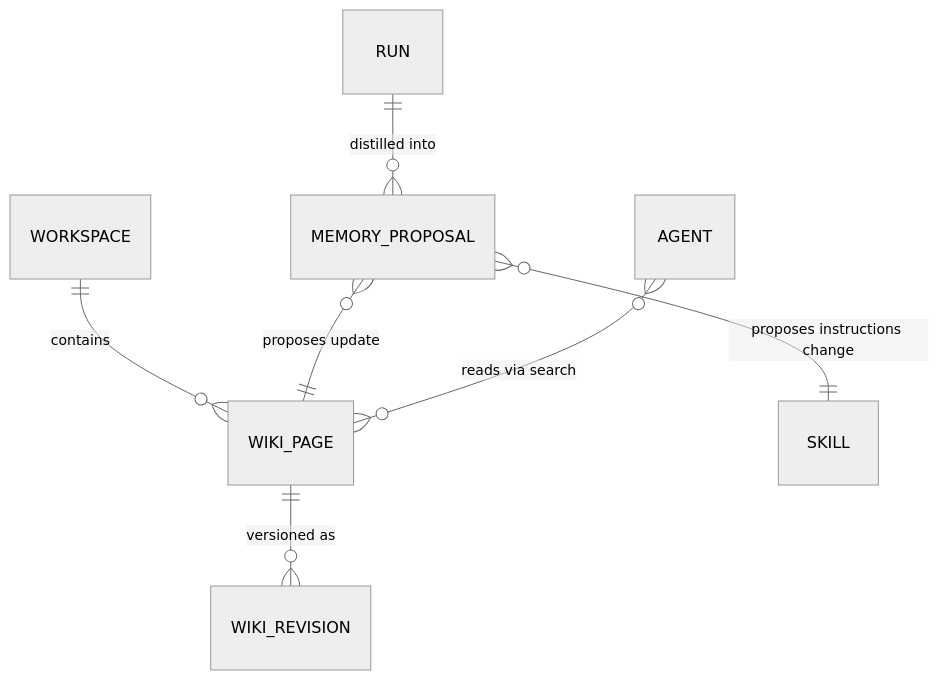
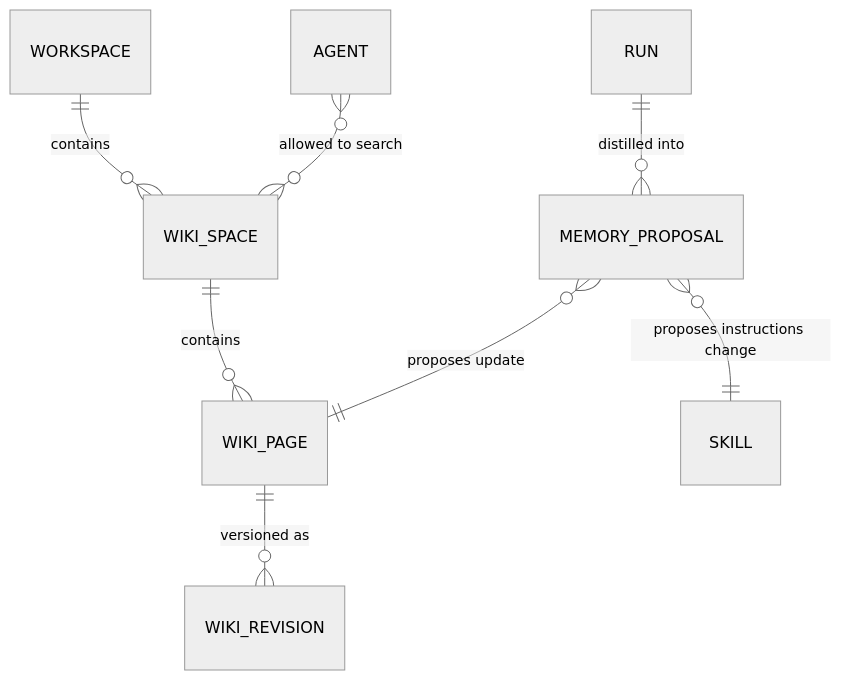
Before and after one commit to yy7613/agentblume: the third of 3 diagrams in docs/10-memory.md, drawn with Mermaid (neutral theme). The commit also changed other lines of this file and 243 other files, not shown here.

````diff
--- a/docs/10-memory.md
+++ b/docs/10-memory.md
@@ -78,9 +78,10 @@
 ```mermaid
 erDiagram
-  WORKSPACE ||--o{ WIKI_PAGE : contains
+  WORKSPACE ||--o{ WIKI_SPACE : contains
+  WIKI_SPACE ||--o{ WIKI_PAGE : contains
   WIKI_PAGE ||--o{ WIKI_REVISION : "versioned as"
   RUN ||--o{ MEMORY_PROPOSAL : "distilled into"
   MEMORY_PROPOSAL }o--|| WIKI_PAGE : "proposes update"
   MEMORY_PROPOSAL }o--|| SKILL : "proposes instructions change"
-  AGENT }o--o{ WIKI_PAGE : "reads via search"
+  AGENT }o--o{ WIKI_SPACE : "allowed to search"
 ```
````
